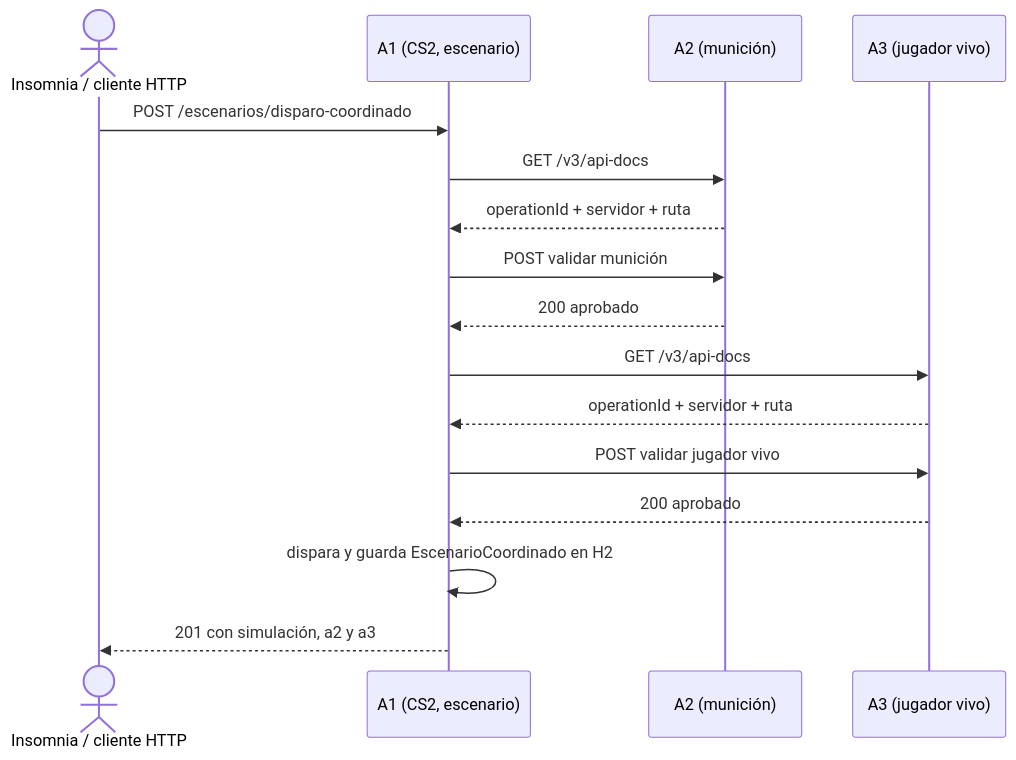
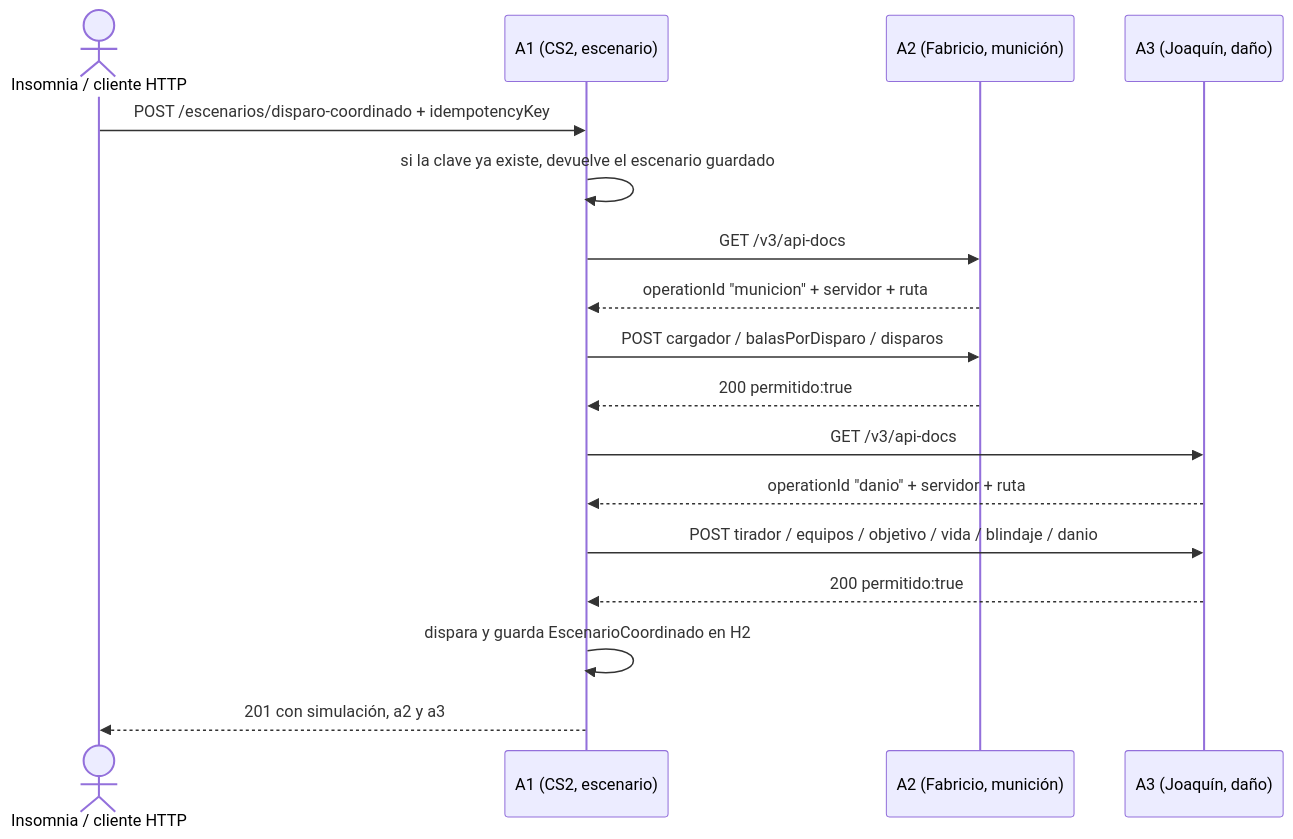
One commit to MigueMedina/mmedina-tplp3-2026 changed the second of 3 diagrams in Docs/diagramamermaid.md. Above: the diagram before and after it, drawn with Mermaid. The commit also changed other lines of this file and 4 other files, not shown here.

````diff
--- a/Docs/diagramamermaid.md
+++ b/Docs/diagramamermaid.md
@@ -225,19 +225,20 @@
 ```mermaid
 sequenceDiagram
     actor Cliente as Insomnia / cliente HTTP
     participant A1 as A1 (CS2, escenario)
-    participant A2 as A2 (munición)
-    participant A3 as A3 (jugador vivo)
+    participant A2 as A2 (Fabricio, munición)
+    participant A3 as A3 (Joaquín, daño)
 
-    Cliente->>A1: POST /escenarios/disparo-coordinado
+    Cliente->>A1: POST /escenarios/disparo-coordinado + idempotencyKey
+    A1->>A1: si la clave ya existe, devuelve el escenario guardado
     A1->>A2: GET /v3/api-docs
-    A2-->>A1: operationId + servidor + ruta
-    A1->>A2: POST validar munición
-    A2-->>A1: 200 aprobado
+    A2-->>A1: operationId "municion" + servidor + ruta
+    A1->>A2: POST cargador / balasPorDisparo / disparos
+    A2-->>A1: 200 permitido:true
     A1->>A3: GET /v3/api-docs
-    A3-->>A1: operationId + servidor + ruta
-    A1->>A3: POST validar jugador vivo
-    A3-->>A1: 200 aprobado
+    A3-->>A1: operationId "danio" + servidor + ruta
+    A1->>A3: POST tirador / equipos / objetivo / vida / blindaje / danio
+    A3-->>A1: 200 permitido:true
     A1->>A1: dispara y guarda EscenarioCoordinado en H2
     A1-->>Cliente: 201 con simulación, a2 y a3
 ```
````
